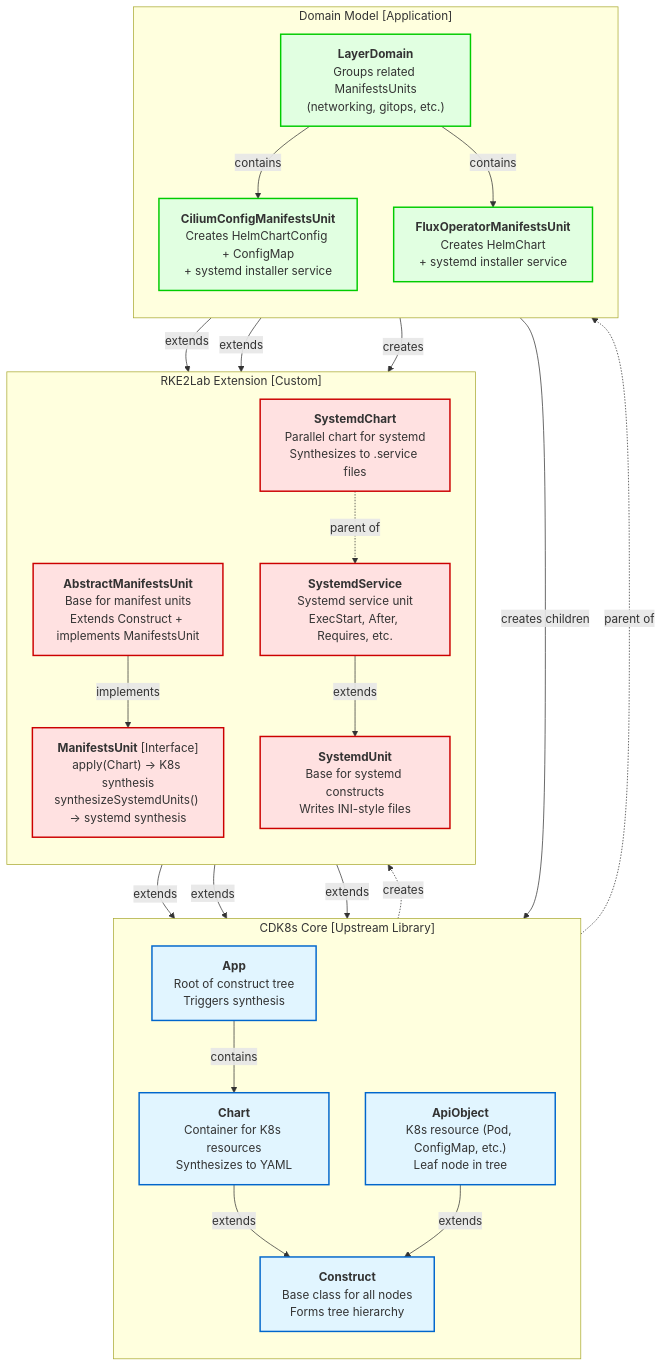
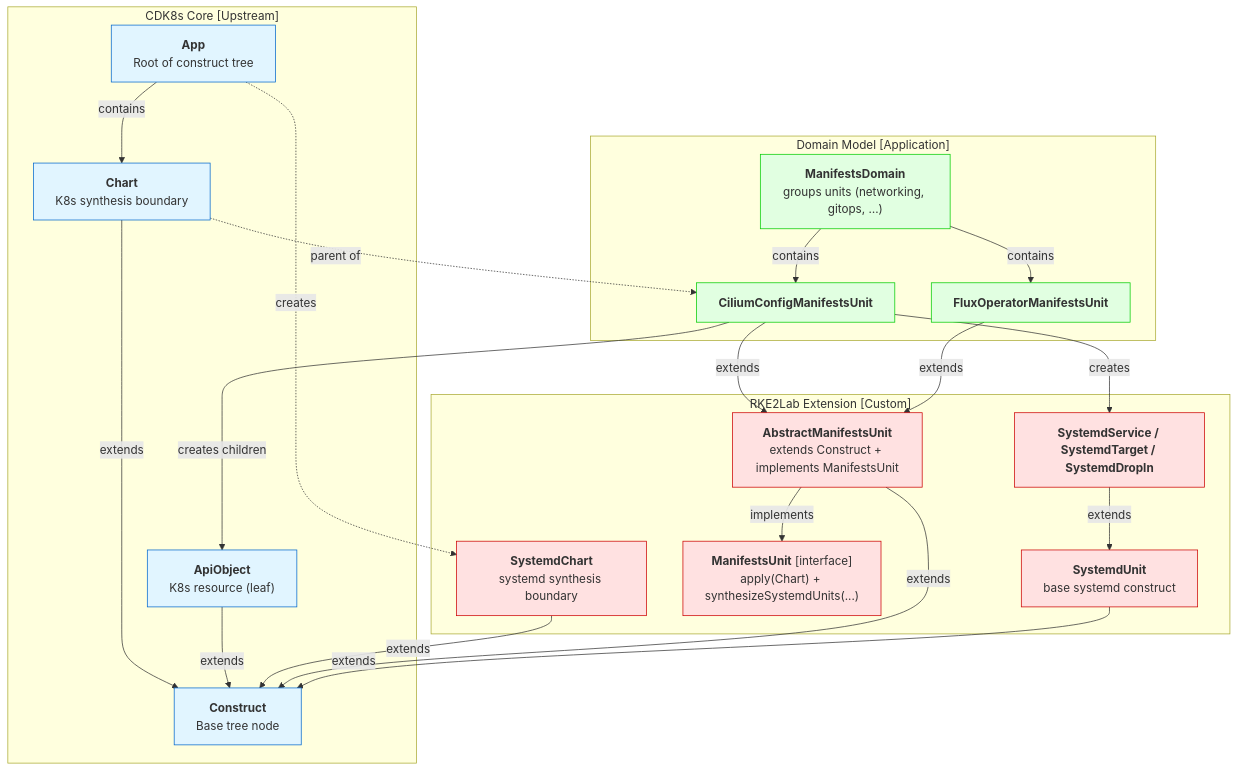
One commit to nxmatic/rke2lab changed the second of 3 diagrams in docs/manifests-architecture.adoc. Above: the diagram before and after it, drawn with Mermaid. The commit also changed other lines of this file and 15 other files, not shown here.

First line of the commit message:
docs(manifests): consolidate architecture docs into hub + companions

```diff
--- a/docs/manifests-architecture.adoc
+++ b/docs/manifests-architecture.adoc
@@ -97,64 +274,57 @@
 [mermaid]
 ----
 graph TB
-    subgraph "CDK8s Core [Upstream Library]"
-        direction TB
-        CDK8sApp["<b>App</b><br/>Root of construct tree<br/>Triggers synthesis"]
-        CDK8sChart["<b>Chart</b><br/>Container for K8s resources<br/>Synthesizes to YAML"]
-        CDK8sConstruct["<b>Construct</b><br/>Base class for all nodes<br/>Forms tree hierarchy"]
-        CDK8sApiObject["<b>ApiObject</b><br/>K8s resource (Pod, ConfigMap, etc.)<br/>Leaf node in tree"]
+    subgraph "CDK8s Core [Upstream]"
+        CDK8sApp["<b>App</b><br/>Root of construct tree"]
+        CDK8sChart["<b>Chart</b><br/>K8s synthesis boundary"]
+        CDK8sConstruct["<b>Construct</b><br/>Base tree node"]
+        CDK8sApiObject["<b>ApiObject</b><br/>K8s resource (leaf)"]
 
-        CDK8sApp -->|"contains"| CDK8sChart
-        CDK8sChart -->|"extends"| CDK8sConstruct
-        CDK8sApiObject -->|"extends"| CDK8sConstruct
+        CDK8sApp -->|contains| CDK8sChart
+        CDK8sChart -->|extends| CDK8sConstruct
+        CDK8sApiObject -->|extends| CDK8sConstruct
     end
 
     subgraph "RKE2Lab Extension [Custom]"
-        direction TB
-        SystemdChart["<b>SystemdChart</b><br/>Parallel chart for systemd<br/>Synthesizes to .service files"]
-        AbstractManifestsUnit["<b>AbstractManifestsUnit</b><br/>Base for manifest units<br/>Extends Construct + implements ManifestsUnit"]
-        ManifestsUnitInterface["<b>ManifestsUnit</b> [Interface]<br/>apply(Chart) → K8s synthesis<br/>synthesizeSystemdUnits() → systemd synthesis"]
-        SystemdUnit["<b>SystemdUnit</b><br/>Base for systemd constructs<br/>Writes INI-style files"]
-        SystemdService["<b>SystemdService</b><br/>Systemd service unit<br/>ExecStart, After, Requires, etc."]
+        SystemdChart["<b>SystemdChart</b><br/>systemd synthesis boundary"]
+        Abstract["<b>AbstractManifestsUnit</b><br/>extends Construct + implements ManifestsUnit"]
+        Iface["<b>ManifestsUnit</b> [interface]<br/>apply(Chart) + synthesizeSystemdUnits(...)"]
+        SystemdUnit["<b>SystemdUnit</b><br/>base systemd construct"]
+        SystemdService["<b>SystemdService / SystemdTarget / SystemdDropIn</b>"]
 
-        SystemdChart -->|"extends"| CDK8sConstruct
-        AbstractManifestsUnit -->|"extends"| CDK8sConstruct
-        AbstractManifestsUnit -->|"implements"| ManifestsUnitInterface
-        SystemdUnit -->|"extends"| CDK8sConstruct
-        SystemdService -->|"extends"| SystemdUnit
+        SystemdChart -->|extends| CDK8sConstruct
+        Abstract -->|extends| CDK8sConstruct
+        Abstract -->|implements| Iface
+        SystemdUnit -->|extends| CDK8sConstruct
+        SystemdService -->|extends| SystemdUnit
     end
 
     subgraph "Domain Model [Application]"
-        direction TB
-        LayerDomain["<b>LayerDomain</b><br/>Groups related ManifestsUnits<br/>(networking, gitops, etc.)"]
-        CiliumConfig["<b>CiliumConfigManifestsUnit</b><br/>Creates HelmChartConfig + ConfigMap<br/>+ systemd installer service"]
-        FluxOperator["<b>FluxOperatorManifestsUnit</b><br/>Creates HelmChart<br/>+ systemd installer service"]
+        Domain["<b>ManifestsDomain</b><br/>groups units (networking, gitops, …)"]
+        Cilium["<b>CiliumConfigManifestsUnit</b>"]
+        Flux["<b>FluxOperatorManifestsUnit</b>"]
 
-        LayerDomain -->|"contains"| CiliumConfig
-        LayerDomain -->|"contains"| FluxOperator
-        CiliumConfig -->|"extends"| AbstractManifestsUnit
-        FluxOperator -->|"extends"| AbstractManifestsUnit
+        Domain -->|contains| Cilium
+        Domain -->|contains| Flux
+        Cilium -->|extends| Abstract
+        Flux -->|extends| Abstract
     end
 
-    CDK8sApp -.->|"creates"| SystemdChart
-    CDK8sChart -.->|"parent of"| CiliumConfig
-    SystemdChart -.->|"parent of"| SystemdService
+    CDK8sApp -.->|creates| SystemdChart
+    CDK8sChart -.->|parent of| Cilium
+    Cilium -->|creates children| CDK8sApiObject
+    Cilium -->|creates| SystemdService
 
-    CiliumConfig -->|"creates children"| CDK8sApiObject
-    CiliumConfig -->|"creates"| SystemdService
-
-    style CDK8sApp fill:#e1f5ff,stroke:#0066cc,stroke-width:2px
-    style CDK8sChart fill:#e1f5ff,stroke:#0066cc,stroke-width:2px
-    style CDK8sConstruct fill:#e1f5ff,stroke:#0066cc,stroke-width:2px
-    style CDK8sApiObject fill:#e1f5ff,stroke:#0066cc,stroke-width:2px
-
-    style SystemdChart fill:#ffe1e1,stroke:#cc0000,stroke-width:2px
-    style AbstractManifestsUnit fill:#ffe1e1,stroke:#cc0000,stroke-width:2px
-    style ManifestsUnitInterface fill:#ffe1e1,stroke:#cc0000,stroke-width:2px
-    style SystemdUnit fill:#ffe1e1,stroke:#cc0000,stroke-width:2px
-    style SystemdService fill:#ffe1e1,stroke:#cc0000,stroke-width:2px
-
-    style LayerDomain fill:#e1ffe1,stroke:#00cc00,stroke-width:2px
-    style CiliumConfig fill:#e1ffe1,stroke:#00cc00,stroke-width:2px
-    style FluxOperator fill:#e1ffe1,stroke:#00cc00,stroke-width:2px
+    style CDK8sApp fill:#e1f5ff,stroke:#0066cc
+    style CDK8sChart fill:#e1f5ff,stroke:#0066cc
+    style CDK8sConstruct fill:#e1f5ff,stroke:#0066cc
+    style CDK8sApiObject fill:#e1f5ff,stroke:#0066cc
+    style SystemdChart fill:#ffe1e1,stroke:#cc0000
+    style Abstract fill:#ffe1e1,stroke:#cc0000
+    style Iface fill:#ffe1e1,stroke:#cc0000
+    style SystemdUnit fill:#ffe1e1,stroke:#cc0000
+    style SystemdService fill:#ffe1e1,stroke:#cc0000
+    style Domain fill:#e1ffe1,stroke:#00cc00
+    style Cilium fill:#e1ffe1,stroke:#00cc00
+    style Flux fill:#e1ffe1,stroke:#00cc00
 ----
```
